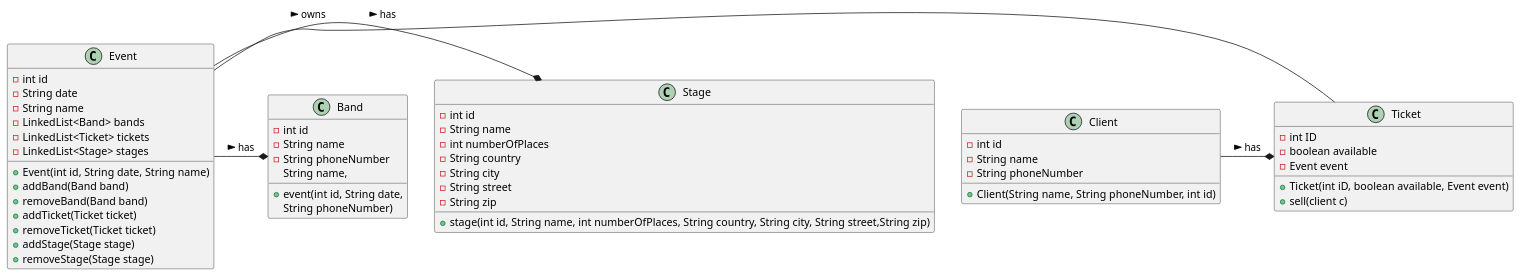
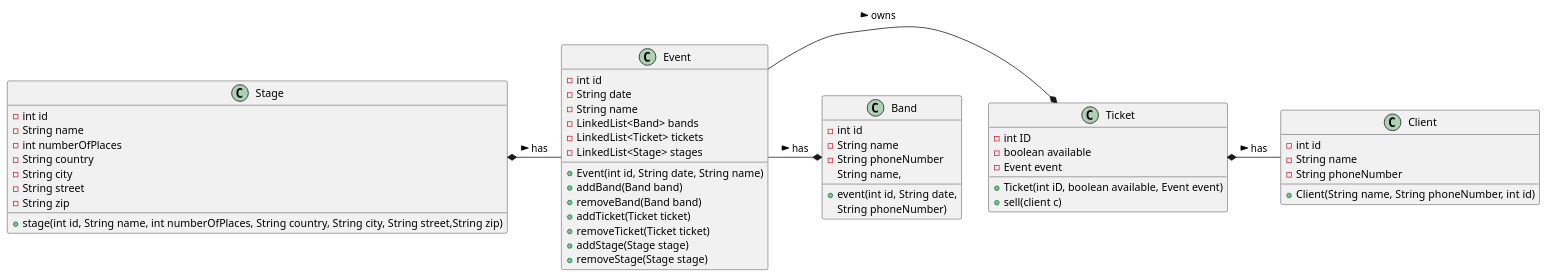
Before and after one commit to Klassen-Olga/Project0: the diagram in uml2.iuml, drawn with PlantUML. The commit also changed 1 other file, not shown here.

```diff
--- a/uml2.iuml
+++ b/uml2.iuml
@@ -1,53 +1,54 @@
 @startuml
-Event -* Stage : > has
-Client -* Ticket : > has
-Event - Ticket : > owns
+Event -* Ticket : > owns
 Event -* Band : > has
+Stage *- Event : > has
+Ticket *- Client : > has
 
 class Client{
 -int id
 -String name
 -String phoneNumber
 +Client(String name, String phoneNumber, int id)
 }
 class Ticket{
 -int ID
 -boolean available
 -Event event
 +Ticket(int iD, boolean available, Event event)
 +sell(client c)
 }
+
 class Event{
 -int id
 -String date
 -String name
 -LinkedList<Band> bands
 -LinkedList<Ticket> tickets
 -LinkedList<Stage> stages
 +Event(int id, String date, String name)
 +addBand(Band band)
 +removeBand(Band band)
 +addTicket(Ticket ticket)
 +removeTicket(Ticket ticket)
 +addStage(Stage stage)
 +removeStage(Stage stage)
 }
 class Band{
 -int id
 -String name
 -String phoneNumber
 +event(int id, String date, 
 String name,
 String phoneNumber)
 }
 class Stage{
 -int id
 -String name
 -int numberOfPlaces
 -String country
 -String city
 -String street
 -String zip
 +stage(int id, String name, int numberOfPlaces, String country, String city, String street,String zip)
 }
 @enduml
```
